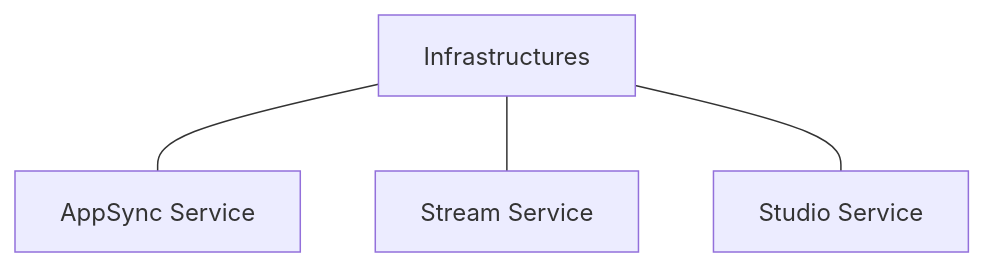
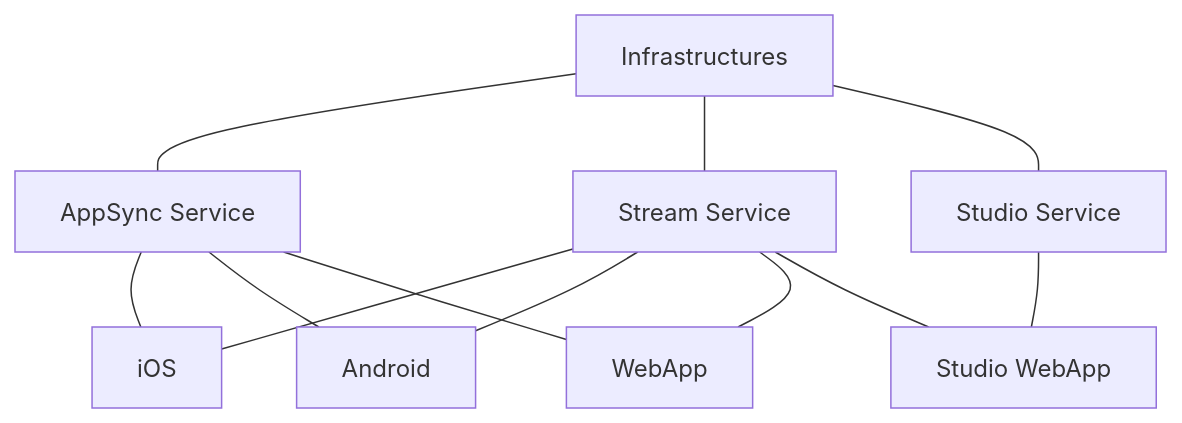
The diagram in docs/roadmap/072622.md (MobWorx/document), drawn with Mermaid before and after one commit. The commit also changed other lines of this file, not shown here.

Commit message:
fix: update roadmap

````diff
--- a/docs/roadmap/072622.md
+++ b/docs/roadmap/072622.md
@@ -5,6 +5,14 @@
 ```mermaid
 graph TD
   A[Infrastructures] --- B[AppSync Service]
   A[Infrastructures] --- C[Stream Service]
   A[Infrastructures] --- D[Studio Service]
+  B --- E[iOS]
+  B --- F[Android]
+  B --- G[WebApp]
+  C --- E
+  C --- F
+  C --- G
+  D --- H[Studio WebApp]
+  C --- H
 ```
````
